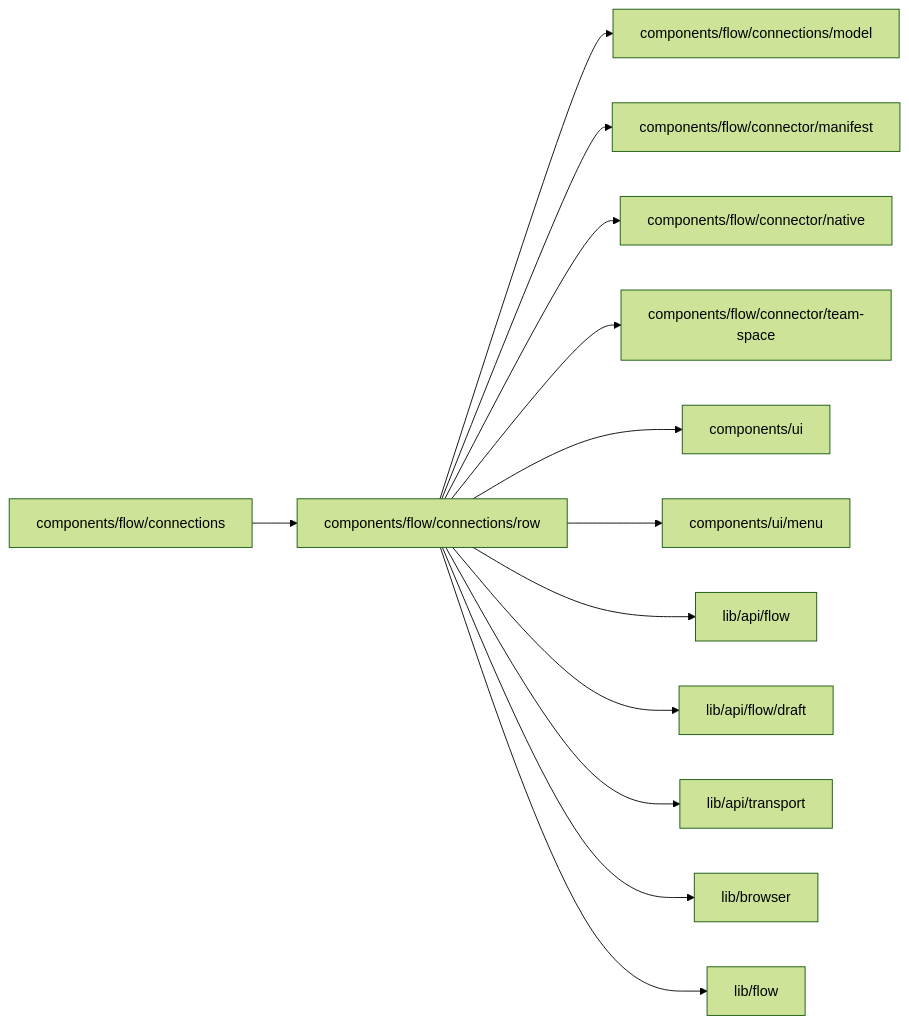
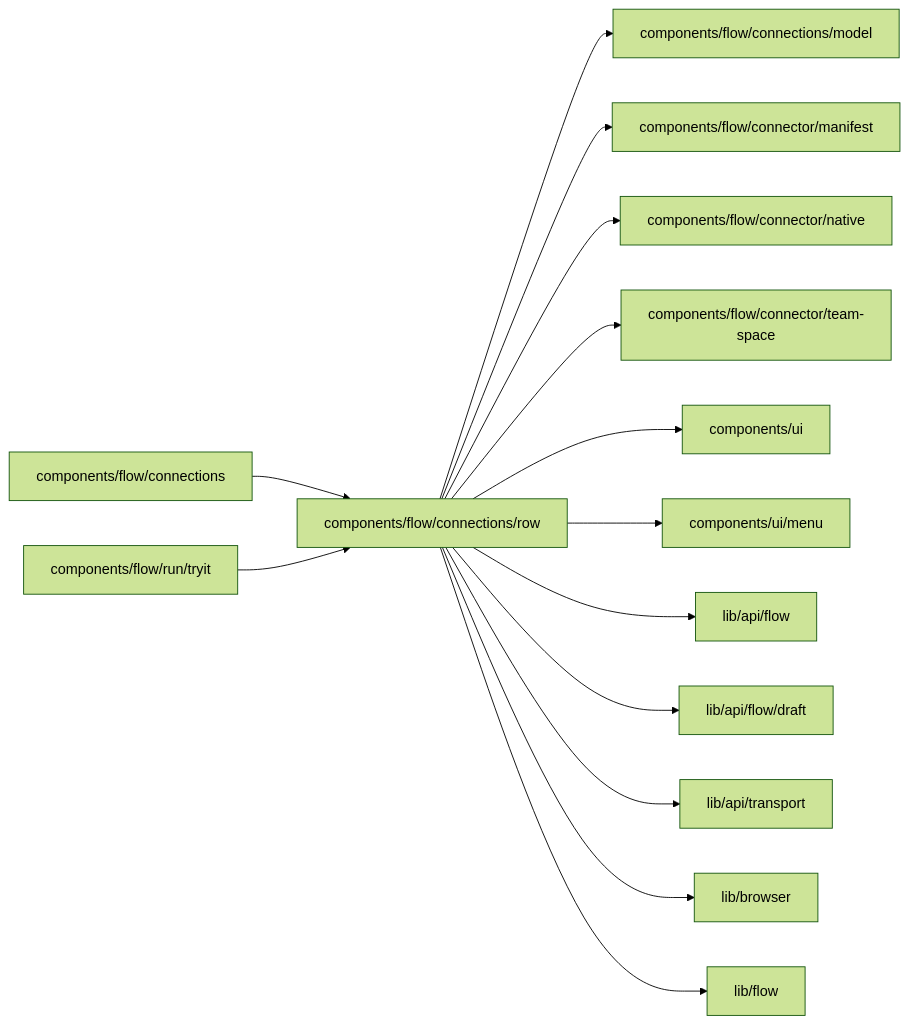
The diagram in web/studio/components/flow/connections/row/README.md (superdurable/superverse), drawn with Mermaid (forest theme) before and after one commit. The commit also changed other lines of this file and 278 other files, not shown here.

````diff
--- a/web/studio/components/flow/connections/row/README.md
+++ b/web/studio/components/flow/connections/row/README.md
@@ -10,16 +10,17 @@
 ```mermaid
 flowchart LR
   self["components/flow/connections/row"]
   c0["components/flow/connections"] --> self
+  c1["components/flow/run/tryit"] --> self
   self --> d0["components/flow/connections/model"]
   self --> d1["components/flow/connector/manifest"]
   self --> d2["components/flow/connector/native"]
   self --> d3["components/flow/connector/team-space"]
   self --> d4["components/ui"]
   self --> d5["components/ui/menu"]
   self --> d6["lib/api/flow"]
   self --> d7["lib/api/flow/draft"]
   self --> d8["lib/api/transport"]
   self --> d9["lib/browser"]
   self --> d10["lib/flow"]
 ```
````
